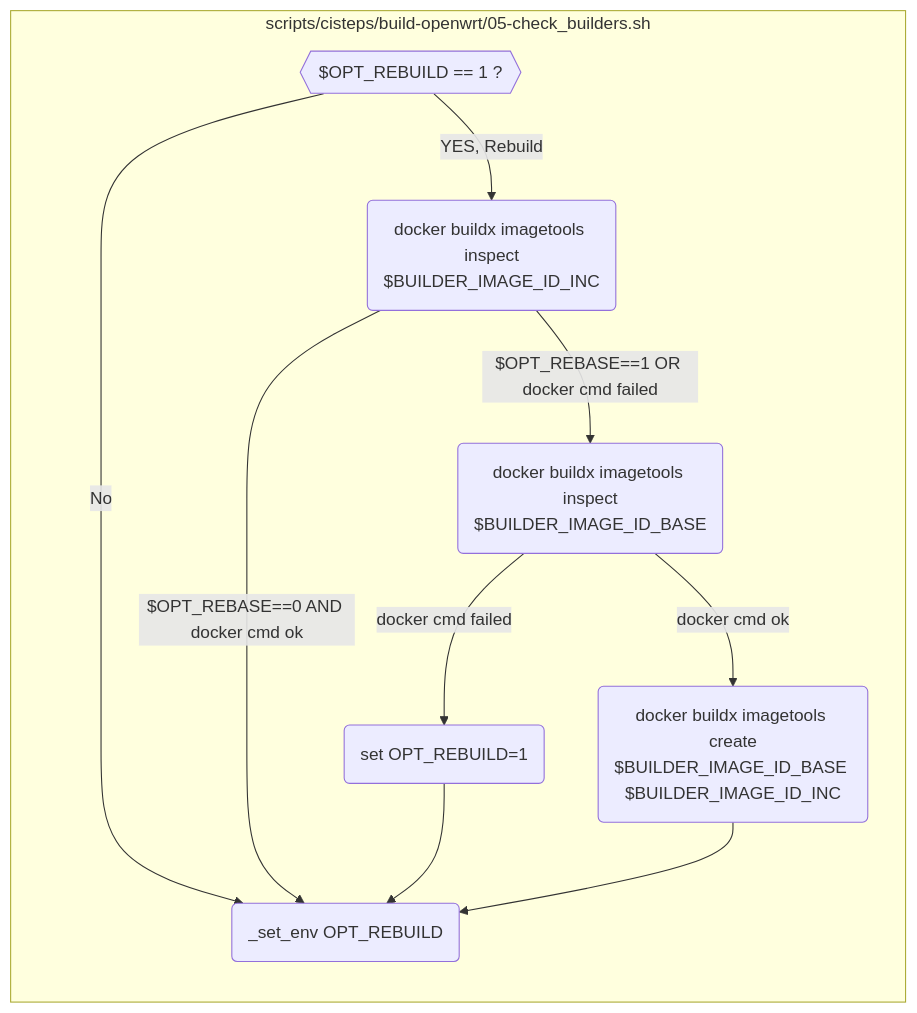
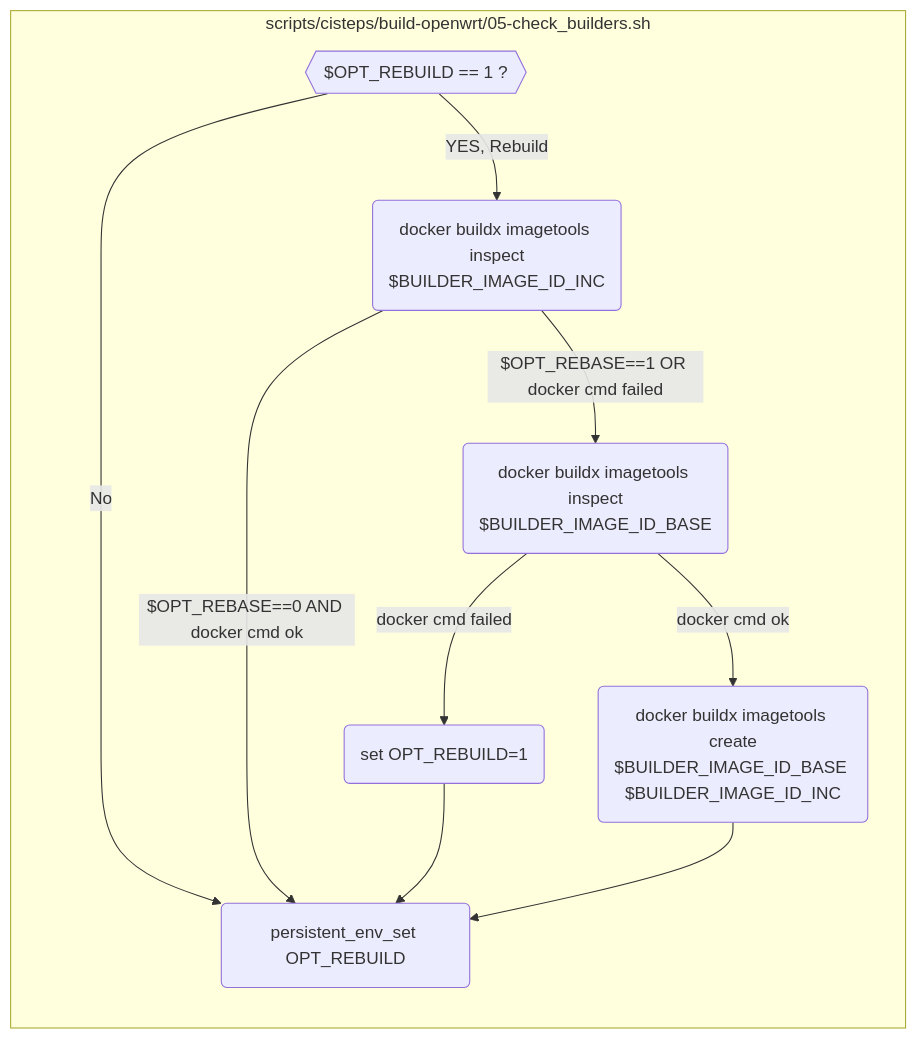
One commit to kouhj/openwrt_builder changed the eighth of 23 diagrams in README.md. Above: the diagram before and after it, drawn with Mermaid. The commit also changed 18 other files, not shown here.

Commit message:
Modified _set_env to persistent_env_set/load

````diff
--- a/README.md
+++ b/README.md
@@ -182,23 +182,23 @@
 ```mermaid
 flowchart LR
   subgraph sub_check_builder ["scripts/cisteps/build-openwrt/05-check_builders.sh"]
     direction TB
     check_rebuild -->|No| export_env
     check_rebuild -->|YES, Rebuild| docker_buildx_inc
     docker_buildx_inc -->|$OPT_REBASE==1 OR docker cmd failed| docker_buildx_rebase
     docker_buildx_inc -->|$OPT_REBASE==0 AND docker cmd ok| export_env
     docker_buildx_rebase -->|docker cmd failed| set_rebuild_opt
     docker_buildx_rebase -->|docker cmd ok| create_remote_tag_alias
     set_rebuild_opt --> export_env
     create_remote_tag_alias --> export_env
      
 
     check_rebuild{{"$OPT_REBUILD == 1 ?"}}
     docker_buildx_inc("docker buildx imagetools inspect<br>$BUILDER_IMAGE_ID_INC")
     docker_buildx_rebase("docker buildx imagetools inspect<br>$BUILDER_IMAGE_ID_BASE")
     create_remote_tag_alias("docker buildx imagetools create<br>$BUILDER_IMAGE_ID_BASE $BUILDER_IMAGE_ID_INC")
     set_rebuild_opt("set OPT_REBUILD=1")
-    export_env("_set_env OPT_REBUILD")
+    export_env("persistent_env_set OPT_REBUILD")
   end
   
 ```
````
